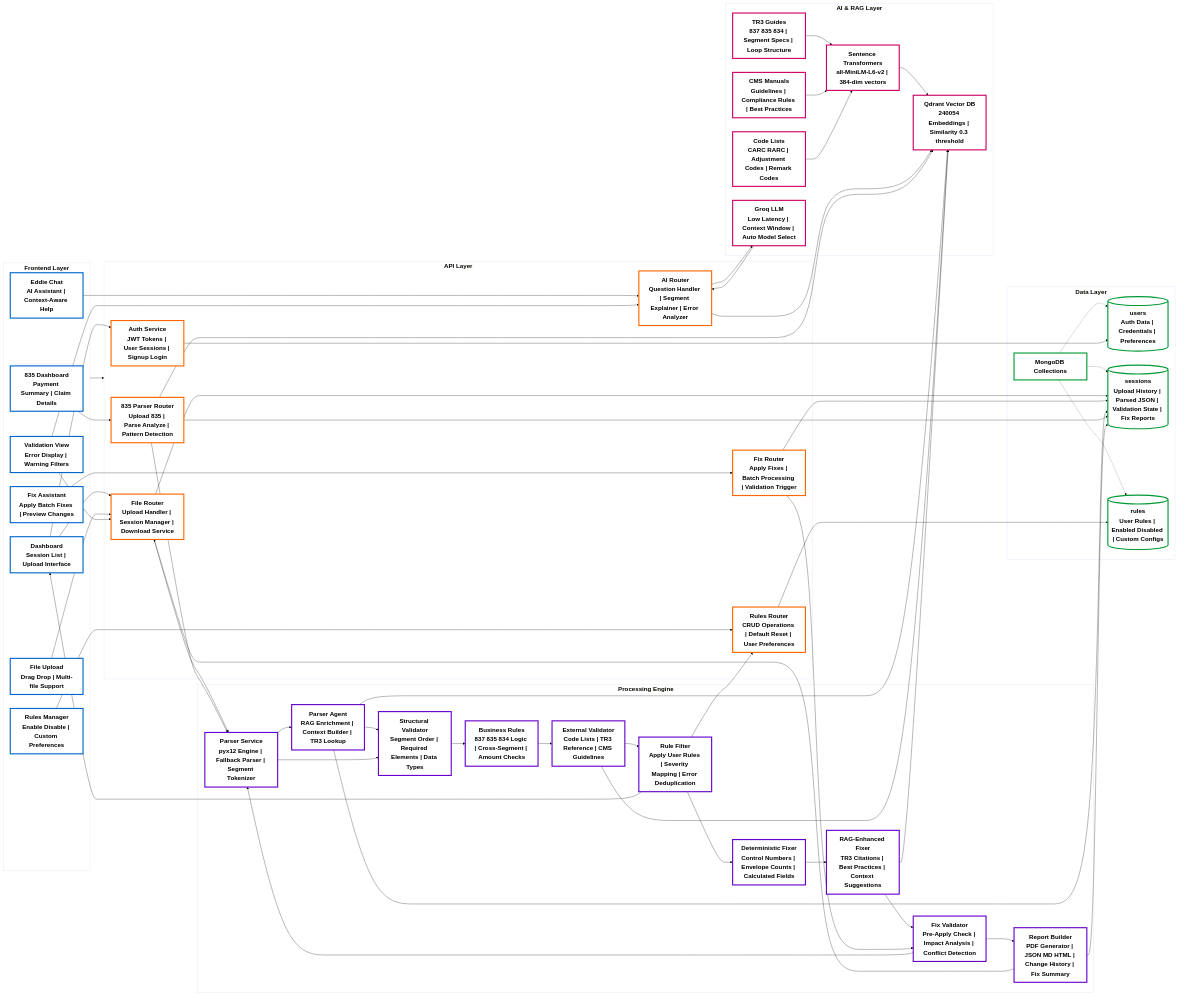
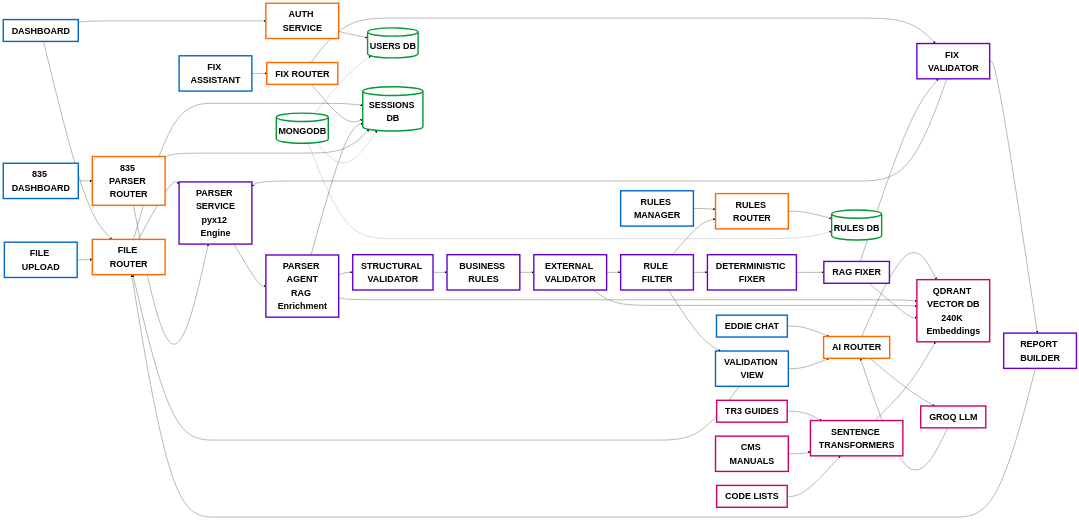
Before and after one commit to pratik3847/DevDynamos-inspiron: the diagram in README.md, drawn with Mermaid.

Commit message:
arch diagram 7.0

````diff
--- a/README.md
+++ b/README.md
@@ -24,112 +24,105 @@
 ```mermaid
-%%{init: {'theme':'base', 'themeVariables': { 'background':'#ffffff', 'mainBkg':'#ffffff', 'clusterBkg':'#ffffff', 'fontSize':'22px'}}}%%
-flowchart LR
-  subgraph Frontend["<b>Frontend Layer</b>"]
-    UI_Dashboard["<b>Dashboard</b><br/>Session List | Upload Interface"]
-    UI_Upload["<b>File Upload</b><br/>Drag Drop | Multi-file Support"]
-    UI_Validation["<b>Validation View</b><br/>Error Display | Warning Filters"]
-    UI_Fixer["<b>Fix Assistant</b><br/>Apply Batch Fixes | Preview Changes"]
-    UI_835["<b>835 Dashboard</b><br/>Payment Summary | Claim Details"]
-    UI_Rules["<b>Rules Manager</b><br/>Enable Disable | Custom Preferences"]
-    UI_Chat["<b>Eddie Chat</b><br/>AI Assistant | Context-Aware Help"]
-  end
+%%{init: {'theme':'base', 'themeVariables': { 'background':'#ffffff', 'mainBkg':'#ffffff', 'clusterBkg':'#ffffff', 'fontSize':'32px', 'fontFamily':'Arial'}}}%%
+graph LR
+  UI1["<b>DASHBOARD</b>"]
+  UI2["<b>FILE UPLOAD</b>"]
+  UI3["<b>VALIDATION VIEW</b>"]
+  UI4["<b>FIX ASSISTANT</b>"]
+  UI5["<b>835 DASHBOARD</b>"]
+  UI6["<b>RULES MANAGER</b>"]
+  UI7["<b>EDDIE CHAT</b>"]
+  
+  A1["<b>AUTH SERVICE</b>"]
+  A2["<b>FILE ROUTER</b>"]
+  A3["<b>FIX ROUTER</b>"]
+  A4["<b>RULES ROUTER</b>"]
+  A5["<b>AI ROUTER</b>"]
+  A6["<b>835 PARSER ROUTER</b>"]
+  
+  P1["<b>PARSER SERVICE</b><br/><b>pyx12 Engine</b>"]
+  P2["<b>PARSER AGENT</b><br/><b>RAG Enrichment</b>"]
+  V1["<b>STRUCTURAL VALIDATOR</b>"]
+  V2["<b>BUSINESS RULES</b>"]
+  V3["<b>EXTERNAL VALIDATOR</b>"]
+  V4["<b>RULE FILTER</b>"]
+  F1["<b>DETERMINISTIC FIXER</b>"]
+  F2["<b>RAG FIXER</b>"]
+  F3["<b>FIX VALIDATOR</b>"]
+  R1["<b>REPORT BUILDER</b>"]
+  
+  DB1[("<b>MONGODB</b>")]
+  DB2[("<b>USERS DB</b>")]
+  DB3[("<b>SESSIONS DB</b>")]
+  DB4[("<b>RULES DB</b>")]
+  
+  AI1["<b>QDRANT VECTOR DB</b><br/><b>240K Embeddings</b>"]
+  AI2["<b>SENTENCE TRANSFORMERS</b>"]
+  AI3["<b>TR3 GUIDES</b>"]
+  AI4["<b>CMS MANUALS</b>"]
+  AI5["<b>CODE LISTS</b>"]
+  AI6["<b>GROQ LLM</b>"]
+  
+  UI1 --> A2
+  UI2 --> A2
+  UI3 --> A2
+  UI4 --> A3
+  UI5 --> A6
+  UI6 --> A4
+  UI7 --> A5
+  UI1 --> A1
+  
+  A1 --> DB2
+  A2 --> P1
+  A3 --> F3
+  A4 --> DB4
+  A5 --> AI6
+  A5 --> AI1
+  A6 --> P1
+  
+  P1 --> P2
+  P2 --> V1
+  P2 --> AI1
+  V1 --> V2
+  V2 --> V3
+  V3 --> V4
+  V3 --> AI1
+  V4 --> A4
+  V4 --> F1
+  
+  F1 --> F2
+  F2 --> F3
+  F2 --> AI1
+  F3 --> P1
+  F3 --> R1
+  
+  R1 --> A2
+  A2 --> DB3
+  A3 --> DB3
+  P2 --> DB3
+  A6 --> DB3
+  
+  AI3 --> AI2
+  AI4 --> AI2
+  AI5 --> AI2
+  AI2 --> AI1
+  AI6 --> A5
+  
+  DB1 -.-> DB2
+  DB1 -.-> DB3
+  DB1 -.-> DB4
+  
+  V4 --> UI3
+  UI3 --> A5
 
-  subgraph API_Layer["<b>API Layer</b>"]
-    Auth_Service["<b>Auth Service</b><br/>JWT Tokens | User Sessions | Signup Login"]
-    File_Router["<b>File Router</b><br/>Upload Handler | Session Manager | Download Service"]
-    Fix_Router["<b>Fix Router</b><br/>Apply Fixes | Batch Processing | Validation Trigger"]
-    Rules_Router["<b>Rules Router</b><br/>CRUD Operations | Default Reset | User Preferences"]
-    AI_Router["<b>AI Router</b><br/>Question Handler | Segment Explainer | Error Analyzer"]
-    Parser_Router["<b>835 Parser Router</b><br/>Upload 835 | Parse Analyze | Pattern Detection"]
-  end
-
-  subgraph Processing["<b>Processing Engine</b>"]
-    Parser_Main["<b>Parser Service</b><br/>pyx12 Engine | Fallback Parser | Segment Tokenizer"]
-    Parser_Agent["<b>Parser Agent</b><br/>RAG Enrichment | Context Builder | TR3 Lookup"]
-    Val_Structural["<b>Structural Validator</b><br/>Segment Order | Required Elements | Data Types"]
-    Val_Business["<b>Business Rules</b><br/>837 835 834 Logic | Cross-Segment | Amount Checks"]
-    Val_External["<b>External Validator</b><br/>Code Lists | TR3 Reference | CMS Guidelines"]
-    Val_Filter["<b>Rule Filter</b><br/>Apply User Rules | Severity Mapping | Error Deduplication"]
-    Fix_Deterministic["<b>Deterministic Fixer</b><br/>Control Numbers | Envelope Counts | Calculated Fields"]
-    Fix_RAG["<b>RAG-Enhanced Fixer</b><br/>TR3 Citations | Best Practices | Context Suggestions"]
-    Fix_Validator["<b>Fix Validator</b><br/>Pre-Apply Check | Impact Analysis | Conflict Detection"]
-    Report_Builder["<b>Report Builder</b><br/>PDF Generator | JSON MD HTML | Change History | Fix Summary"]
-  end
-
-  subgraph Data_Layer["<b>Data Layer</b>"]
-    MongoDB["<b>MongoDB Collections</b>"]
-    DB_Users[("<b>users</b><br/>Auth Data | Credentials | Preferences")]
-    DB_Sessions[("<b>sessions</b><br/>Upload History | Parsed JSON | Validation State | Fix Reports")]
-    DB_Rules[("<b>rules</b><br/>User Rules | Enabled Disabled | Custom Configs")]
-    MongoDB -.-> DB_Users
-    MongoDB -.-> DB_Sessions
-    MongoDB -.-> DB_Rules
-  end
-
-  subgraph AI_Layer["<b>AI & RAG Layer</b>"]
-    Qdrant["<b>Qdrant Vector DB</b><br/>240054 Embeddings | Similarity 0.3 threshold"]
-    Embeddings["<b>Sentence Transformers</b><br/>all-MiniLM-L6-v2 | 384-dim vectors"]
-    RAG_TR3["<b>TR3 Guides</b><br/>837 835 834 | Segment Specs | Loop Structure"]
-    RAG_CMS["<b>CMS Manuals</b><br/>Guidelines | Compliance Rules | Best Practices"]
-    RAG_Codes["<b>Code Lists</b><br/>CARC RARC | Adjustment Codes | Remark Codes"]
-    Groq["<b>Groq LLM</b><br/>Low Latency | Context Window | Auto Model Select"]
-    RAG_TR3 --> Embeddings
-    RAG_CMS --> Embeddings
-    RAG_Codes --> Embeddings
-    Embeddings --> Qdrant
-  end
-
-  Frontend --> API_Layer
-  UI_Dashboard --> File_Router
-  UI_Upload --> File_Router
-  UI_Validation --> File_Router
-  UI_Fixer --> Fix_Router
-  UI_835 --> Parser_Router
-  UI_Rules --> Rules_Router
-  UI_Chat --> AI_Router
-  UI_Dashboard --> Auth_Service
-  Auth_Service --> DB_Users
-  File_Router --> Parser_Main
-  Parser_Main --> Parser_Agent
-  Parser_Agent --> Qdrant
-  Parser_Agent --> Val_Structural
-  Val_Structural --> Val_Business
-  Val_Business --> Val_External
-  Val_External --> Val_Filter
-  Val_Filter --> Rules_Router
-  Rules_Router --> DB_Rules
-  Val_External --> Qdrant
-  Val_Filter --> Fix_Deterministic
-  Fix_Deterministic --> Fix_RAG
-  Fix_RAG --> Qdrant
-  Fix_RAG --> Fix_Validator
-  Fix_Router --> Fix_Validator
-  Fix_Validator --> Parser_Main
-  Parser_Main --> Val_Structural
-  Fix_Validator --> Report_Builder
-  Report_Builder --> File_Router
-  File_Router --> DB_Sessions
-  Fix_Router --> DB_Sessions
-  Parser_Agent --> DB_Sessions
-  AI_Router --> Groq
-  AI_Router --> Qdrant
-  Groq --> AI_Router
-  Parser_Router --> Parser_Main
-  Parser_Router --> Qdrant
-  Parser_Router --> DB_Sessions
-  UI_Validation --> AI_Router
-  Report_Builder --> DB_Sessions
-  Val_Filter --> UI_Dashboard
-
-  classDef frontendStyle fill:#ffffff,stroke:#0066cc,stroke-width:4px,color:#000000,font-size:22px,font-weight:bold
-  classDef apiStyle fill:#ffffff,stroke:#ff6600,stroke-width:4px,color:#000000,font-size:22px,font-weight:bold
-  classDef processStyle fill:#ffffff,stroke:#6600cc,stroke-width:4px,color:#000000,font-size:22px,font-weight:bold
-  classDef dataStyle fill:#ffffff,stroke:#009933,stroke-width:4px,color:#000000,font-size:22px,font-weight:bold
-  classDef aiStyle fill:#ffffff,stroke:#cc0066,stroke-width:4px,color:#000000,font-size:22px,font-weight:bold
+  classDef uiStyle fill:#ffffff,stroke:#0066cc,stroke-width:5px,color:#000000,font-size:32px
+  classDef apiStyle fill:#ffffff,stroke:#ff6600,stroke-width:5px,color:#000000,font-size:32px
+  classDef procStyle fill:#ffffff,stroke:#6600cc,stroke-width:5px,color:#000000,font-size:32px
+  classDef dbStyle fill:#ffffff,stroke:#009933,stroke-width:5px,color:#000000,font-size:32px
+  classDef aiStyle fill:#ffffff,stroke:#cc0066,stroke-width:5px,color:#000000,font-size:32px
   
-  class UI_Dashboard,UI_Upload,UI_Validation,UI_Fixer,UI_835,UI_Rules,UI_Chat frontendStyle
-  class Auth_Service,File_Router,Fix_Router,Rules_Router,AI_Router,Parser_Router apiStyle
-  class Parser_Main,Parser_Agent,Val_Structural,Val_Business,Val_External,Val_Filter,Fix_Deterministic,Fix_RAG,Fix_Validator,Report_Builder processStyle
-  class MongoDB,DB_Users,DB_Sessions,DB_Rules dataStyle
-  class Qdrant,Embeddings,RAG_TR3,RAG_CMS,RAG_Codes,Groq aiStyle
+  class UI1,UI2,UI3,UI4,UI5,UI6,UI7 uiStyle
+  class A1,A2,A3,A4,A5,A6 apiStyle
+  class P1,P2,V1,V2,V3,V4,F1,F2,F3,R1 procStyle
+  class DB1,DB2,DB3,DB4 dbStyle
+  class AI1,AI2,AI3,AI4,AI5,AI6 aiStyle
 ```
````
